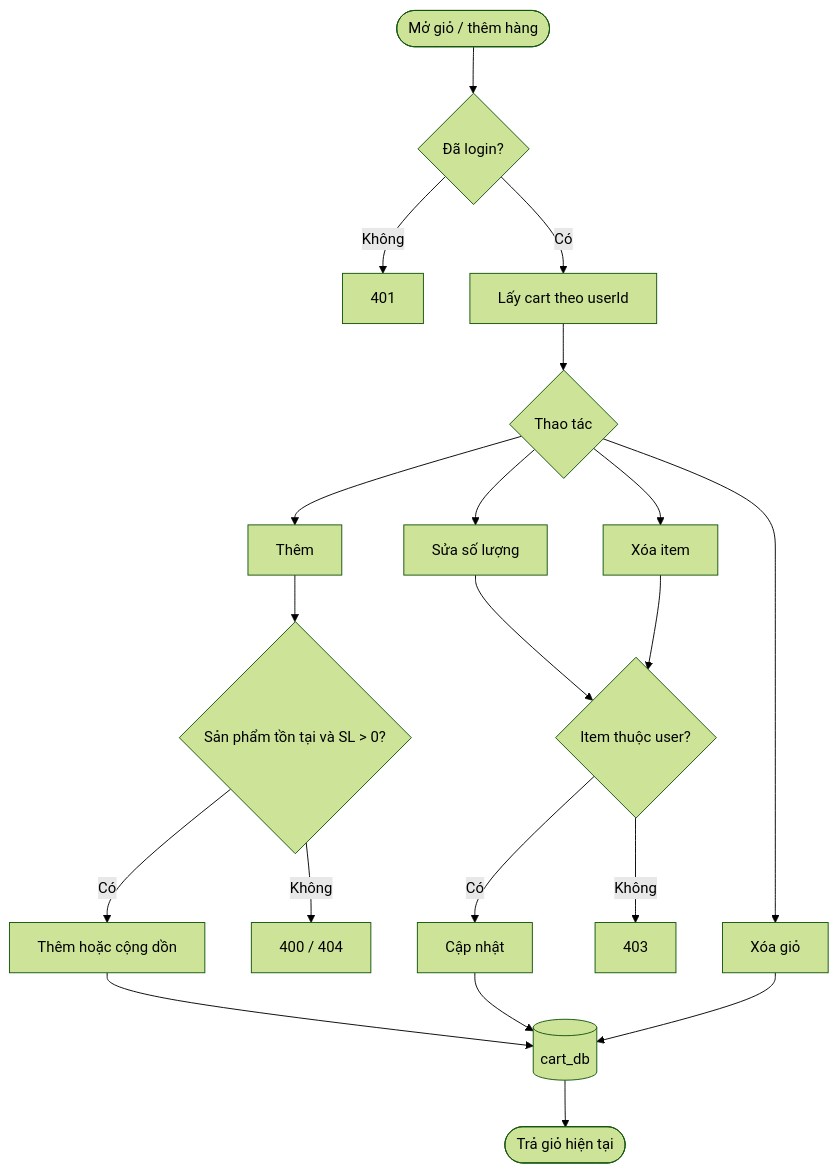
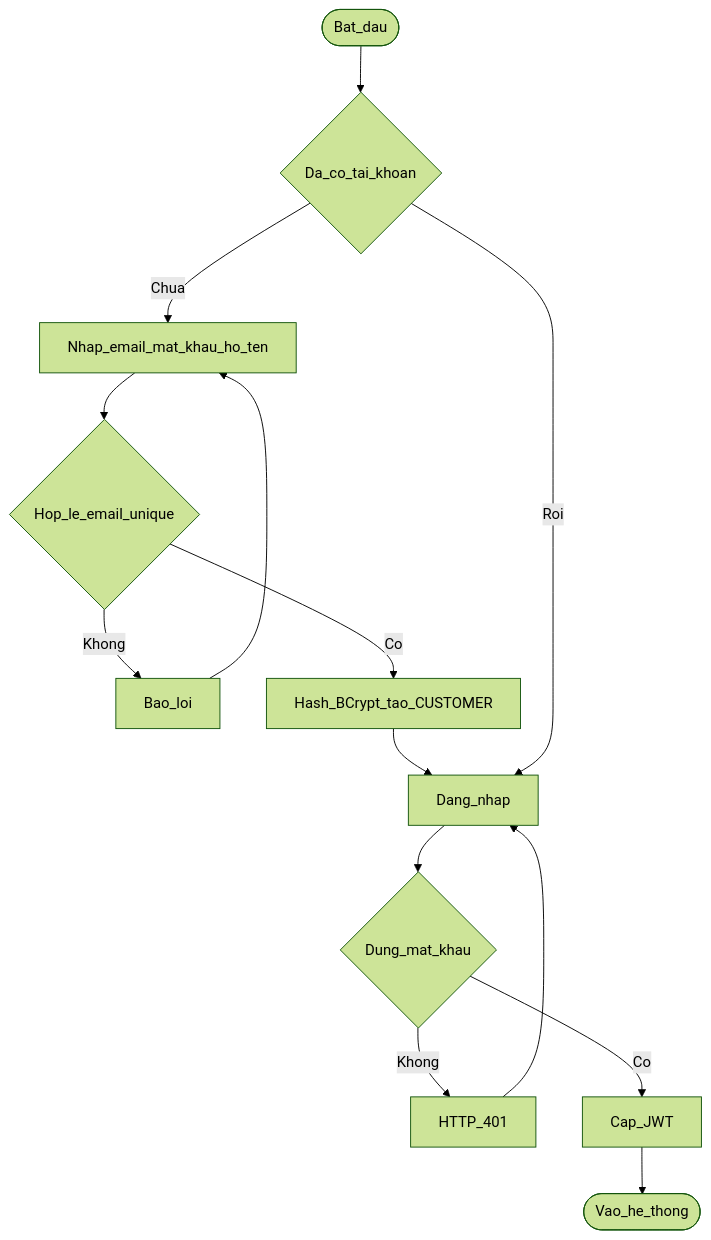
One commit to trinhvanhai1994/GTVT_ecommerce changed the fourth of 16 diagrams in BAO-CAO-DO-AN.md. Above: the diagram before and after it, drawn with Mermaid (forest theme). The commit also changed other lines of this file and 99 other files, not shown here.

````diff
--- a/BAO-CAO-DO-AN.md
+++ b/BAO-CAO-DO-AN.md
@@ -210,22 +379,16 @@
 ```mermaid
 flowchart TD
-  A([Mở giỏ / thêm hàng]) --> B{Đã login?}
-  B -->|Không| C[401]
-  B -->|Có| D[Lấy cart theo userId]
-  D --> E{Thao tác}
-  E --> F[Thêm]
-  E --> G[Sửa số lượng]
-  E --> H[Xóa item]
-  E --> I[Xóa giỏ]
-  F --> J{Sản phẩm tồn tại và SL > 0?}
-  J -->|Không| K[400 / 404]
-  J -->|Có| L[Thêm hoặc cộng dồn]
-  G --> M{Item thuộc user?}
-  H --> M
-  M -->|Không| N[403]
-  M -->|Có| O[Cập nhật]
-  L --> P[(cart_db)]
-  O --> P
-  I --> P
-  P --> Q([Trả giỏ hiện tại])
+  startNode([Bat_dau]) --> hasAccount{Da_co_tai_khoan}
+  hasAccount -->|Chua| register[Nhap_email_mat_khau_ho_ten]
+  register --> valid{Hop_le_email_unique}
+  valid -->|Khong| errReg[Bao_loi]
+  errReg --> register
+  valid -->|Co| createUser[Hash_BCrypt_tao_CUSTOMER]
+  createUser --> login
+  hasAccount -->|Roi| login[Dang_nhap]
+  login --> pwdOk{Dung_mat_khau}
+  pwdOk -->|Khong| err401[HTTP_401]
+  err401 --> login
+  pwdOk -->|Co| jwt[Cap_JWT]
+  jwt --> endNode([Vao_he_thong])
 ```
````
